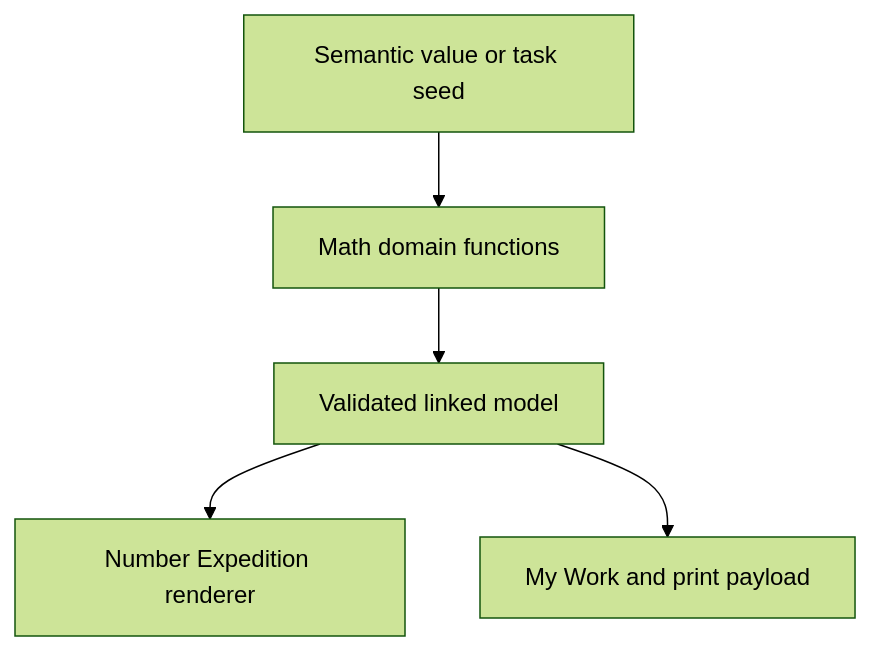
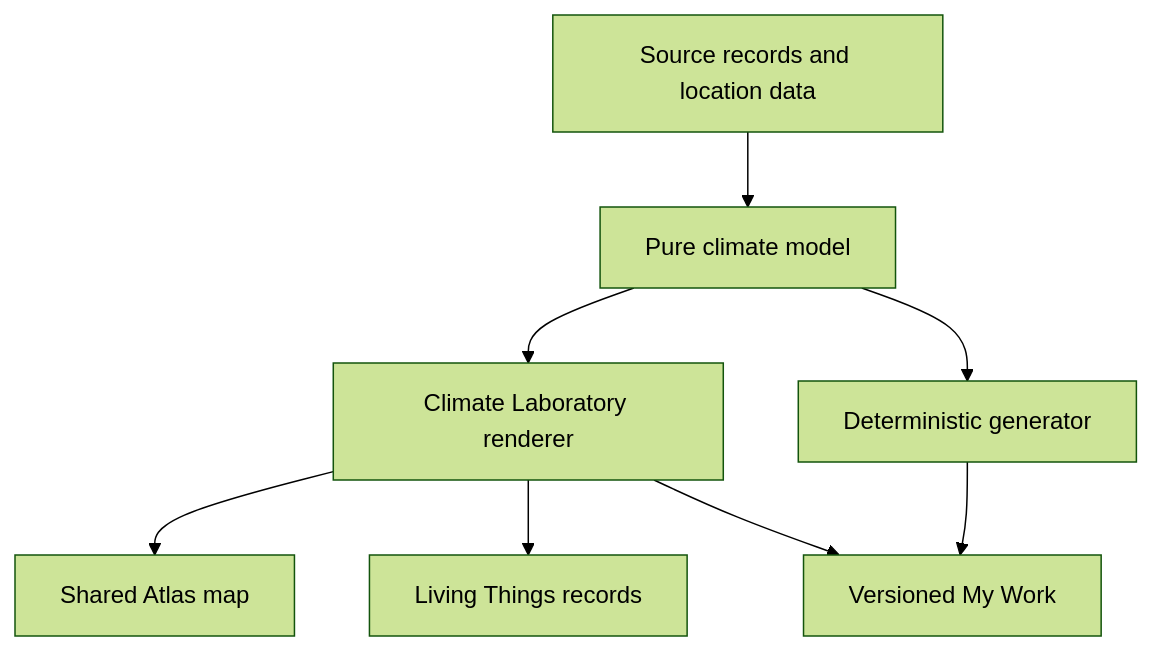
One commit to 6wyk5wz8rf-star/Autumn---How-can-we-look-after-our-planet- changed the second of 2 diagrams in docs/ARCHITECTURE.md. Above: the diagram before and after it, drawn with Mermaid (forest theme). The commit also changed other lines of this file and 47 other files, not shown here.

Commit message:
Build Climate Laboratory and repair product flow

````diff
--- a/docs/ARCHITECTURE.md
+++ b/docs/ARCHITECTURE.md
@@ -121,7 +124,10 @@
 ```mermaid
 flowchart TD
-    A[Semantic value or task seed] --> B[Math domain functions]
-    B --> C[Validated linked model]
-    C --> D[Number Expedition renderer]
-    C --> E[My Work and print payload]
+    A[Source records and location data] --> B[Pure climate model]
+    B --> C[Climate Laboratory renderer]
+    B --> D[Deterministic generator]
+    C --> E[Shared Atlas map]
+    C --> F[Living Things records]
+    C --> G[Versioned My Work]
+    D --> G
 ```
````
